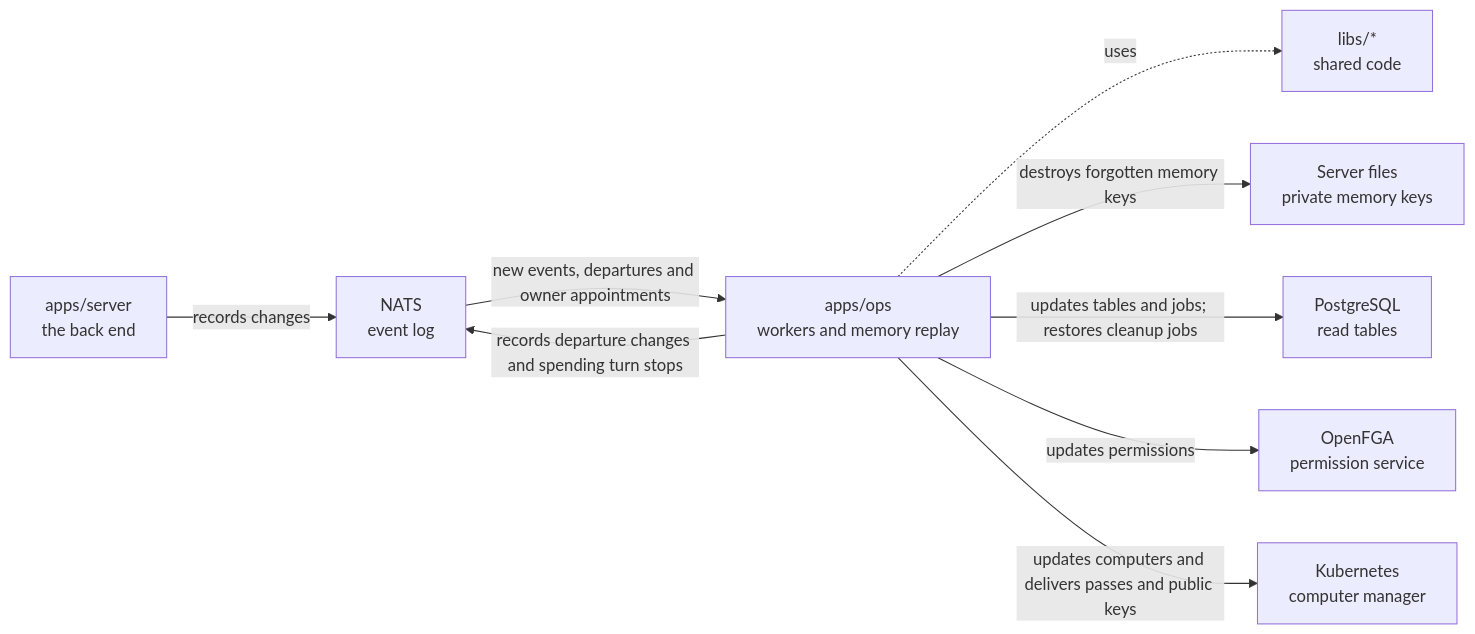
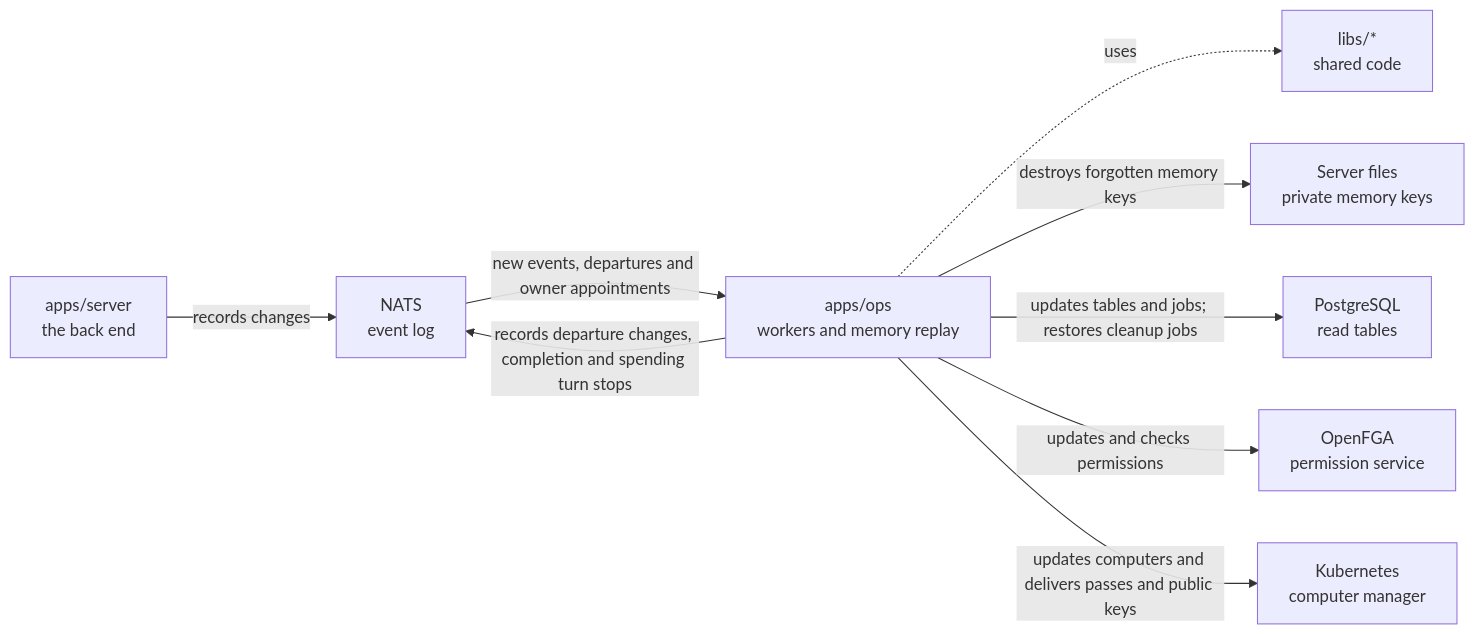
Before and after one commit to elewa-git/opencrane-new: the diagram in apps/ops/README.md, drawn with Mermaid. The commit also changed other lines of this file and 16 other files, not shown here.

````diff
--- a/apps/ops/README.md
+++ b/apps/ops/README.md
@@ -11,11 +11,11 @@
 ```mermaid
 flowchart LR
   server["apps/server<br/>the back end"] -->|records changes| nats["NATS<br/>event log"]
   nats -->|new events, departures and owner appointments| ops["apps/ops<br/>workers and memory replay"]
-  ops -->|records departure changes and spending turn stops| nats
+  ops -->|records departure changes, completion and spending turn stops| nats
   ops -.->|uses| libs["libs/*<br/>shared code"]
   ops -->|destroys forgotten memory keys| keys["Server files<br/>private memory keys"]
   ops -->|updates tables and jobs; restores cleanup jobs| postgres["PostgreSQL<br/>read tables"]
-  ops -->|updates permissions| fga["OpenFGA<br/>permission service"]
+  ops -->|updates and checks permissions| fga["OpenFGA<br/>permission service"]
   ops -->|updates computers and delivers passes and public keys| kube["Kubernetes<br/>computer manager"]
 ```
````
